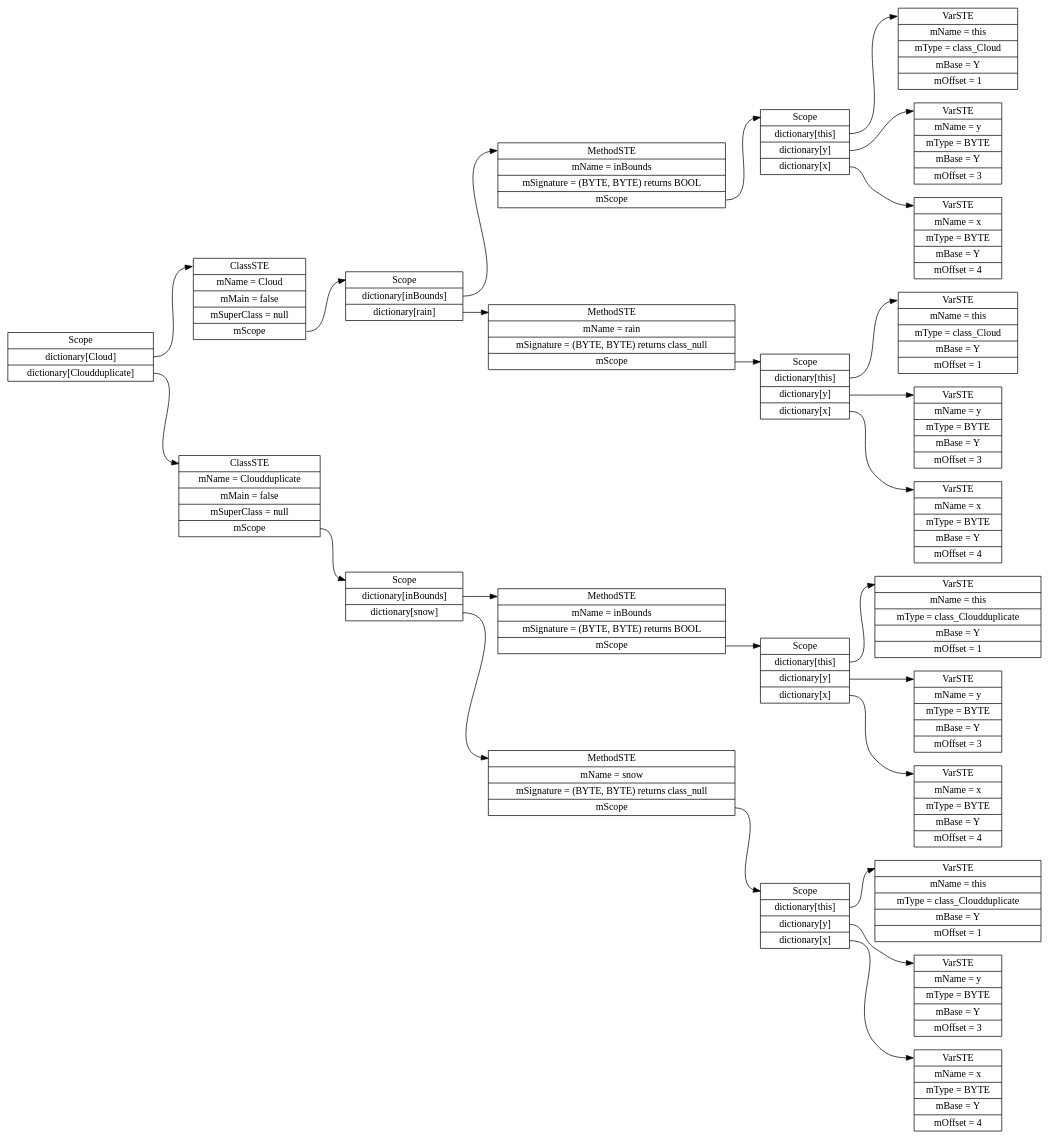
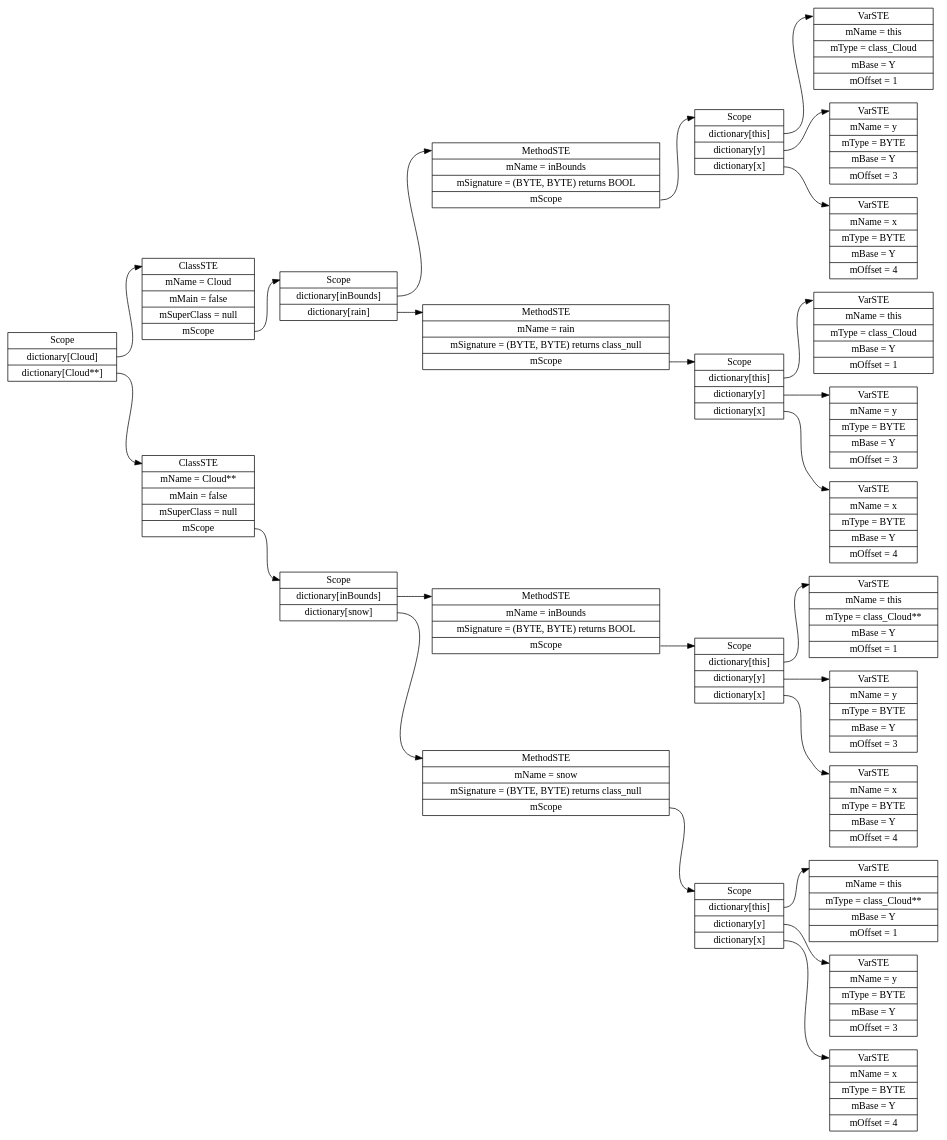
Before and after one commit to karmaUdel/Meggy-Java-Compiler: the diagram in tst/PA4raindropDupl.java.ST.dot, drawn with Graphviz. The commit also changed 8 other files, not shown here.

```diff
--- a/tst/PA4raindropDupl.java.ST.dot
+++ b/tst/PA4raindropDupl.java.ST.dot
@@ -1,53 +1,53 @@
 digraph SymTable {
 	graph [rankdir="LR"];
 	node [shape=record];
-	0 [label=" <f0> Scope | <f1> dictionary\[Cloud\] | <f2> dictionary\[Cloudduplicate\] "];
+	0 [label=" <f0> Scope | <f1> dictionary\[Cloud\] | <f2> dictionary\[Cloud**\] "];
 	0:<f1> -> 1:<f0>;
 	1 [label=" <f0> ClassSTE | <f1> mName = Cloud| <f2> mMain = false| <f3> mSuperClass = null| <f4> mScope "];
 	1:<f4> -> 2:<f0>;
 	2 [label=" <f0> Scope | <f1> dictionary\[inBounds\] | <f2> dictionary\[rain\] "];
 	2:<f1> -> 3:<f0>;
 	3 [label=" <f0> MethodSTE | <f1> mName = inBounds| <f2> mSignature = (BYTE, BYTE) returns BOOL| <f3> mScope "];
 	3:<f3> -> 4:<f0>;
 	4 [label=" <f0> Scope | <f1> dictionary\[this\] | <f2> dictionary\[y\] | <f3> dictionary\[x\] "];
 	4:<f1> -> 5:<f0>;
 	5 [label=" <f0> VarSTE | <f1> mName = this| <f2> mType = class_Cloud| <f3> mBase = Y| <f4> mOffset = 1"];
 	4:<f2> -> 6:<f0>;
 	6 [label=" <f0> VarSTE | <f1> mName = y| <f2> mType = BYTE| <f3> mBase = Y| <f4> mOffset = 3"];
 	4:<f3> -> 7:<f0>;
 	7 [label=" <f0> VarSTE | <f1> mName = x| <f2> mType = BYTE| <f3> mBase = Y| <f4> mOffset = 4"];
 	2:<f2> -> 8:<f0>;
 	8 [label=" <f0> MethodSTE | <f1> mName = rain| <f2> mSignature = (BYTE, BYTE) returns class_null| <f3> mScope "];
 	8:<f3> -> 9:<f0>;
 	9 [label=" <f0> Scope | <f1> dictionary\[this\] | <f2> dictionary\[y\] | <f3> dictionary\[x\] "];
 	9:<f1> -> 10:<f0>;
 	10 [label=" <f0> VarSTE | <f1> mName = this| <f2> mType = class_Cloud| <f3> mBase = Y| <f4> mOffset = 1"];
 	9:<f2> -> 11:<f0>;
 	11 [label=" <f0> VarSTE | <f1> mName = y| <f2> mType = BYTE| <f3> mBase = Y| <f4> mOffset = 3"];
 	9:<f3> -> 12:<f0>;
 	12 [label=" <f0> VarSTE | <f1> mName = x| <f2> mType = BYTE| <f3> mBase = Y| <f4> mOffset = 4"];
 	0:<f2> -> 13:<f0>;
-	13 [label=" <f0> ClassSTE | <f1> mName = Cloudduplicate| <f2> mMain = false| <f3> mSuperClass = null| <f4> mScope "];
+	13 [label=" <f0> ClassSTE | <f1> mName = Cloud**| <f2> mMain = false| <f3> mSuperClass = null| <f4> mScope "];
 	13:<f4> -> 14:<f0>;
 	14 [label=" <f0> Scope | <f1> dictionary\[inBounds\] | <f2> dictionary\[snow\] "];
 	14:<f1> -> 15:<f0>;
 	15 [label=" <f0> MethodSTE | <f1> mName = inBounds| <f2> mSignature = (BYTE, BYTE) returns BOOL| <f3> mScope "];
 	15:<f3> -> 16:<f0>;
 	16 [label=" <f0> Scope | <f1> dictionary\[this\] | <f2> dictionary\[y\] | <f3> dictionary\[x\] "];
 	16:<f1> -> 17:<f0>;
-	17 [label=" <f0> VarSTE | <f1> mName = this| <f2> mType = class_Cloudduplicate| <f3> mBase = Y| <f4> mOffset = 1"];
+	17 [label=" <f0> VarSTE | <f1> mName = this| <f2> mType = class_Cloud**| <f3> mBase = Y| <f4> mOffset = 1"];
 	16:<f2> -> 18:<f0>;
 	18 [label=" <f0> VarSTE | <f1> mName = y| <f2> mType = BYTE| <f3> mBase = Y| <f4> mOffset = 3"];
 	16:<f3> -> 19:<f0>;
 	19 [label=" <f0> VarSTE | <f1> mName = x| <f2> mType = BYTE| <f3> mBase = Y| <f4> mOffset = 4"];
 	14:<f2> -> 20:<f0>;
 	20 [label=" <f0> MethodSTE | <f1> mName = snow| <f2> mSignature = (BYTE, BYTE) returns class_null| <f3> mScope "];
 	20:<f3> -> 21:<f0>;
 	21 [label=" <f0> Scope | <f1> dictionary\[this\] | <f2> dictionary\[y\] | <f3> dictionary\[x\] "];
 	21:<f1> -> 22:<f0>;
-	22 [label=" <f0> VarSTE | <f1> mName = this| <f2> mType = class_Cloudduplicate| <f3> mBase = Y| <f4> mOffset = 1"];
+	22 [label=" <f0> VarSTE | <f1> mName = this| <f2> mType = class_Cloud**| <f3> mBase = Y| <f4> mOffset = 1"];
 	21:<f2> -> 23:<f0>;
 	23 [label=" <f0> VarSTE | <f1> mName = y| <f2> mType = BYTE| <f3> mBase = Y| <f4> mOffset = 3"];
 	21:<f3> -> 24:<f0>;
 	24 [label=" <f0> VarSTE | <f1> mName = x| <f2> mType = BYTE| <f3> mBase = Y| <f4> mOffset = 4"];
 }
```
